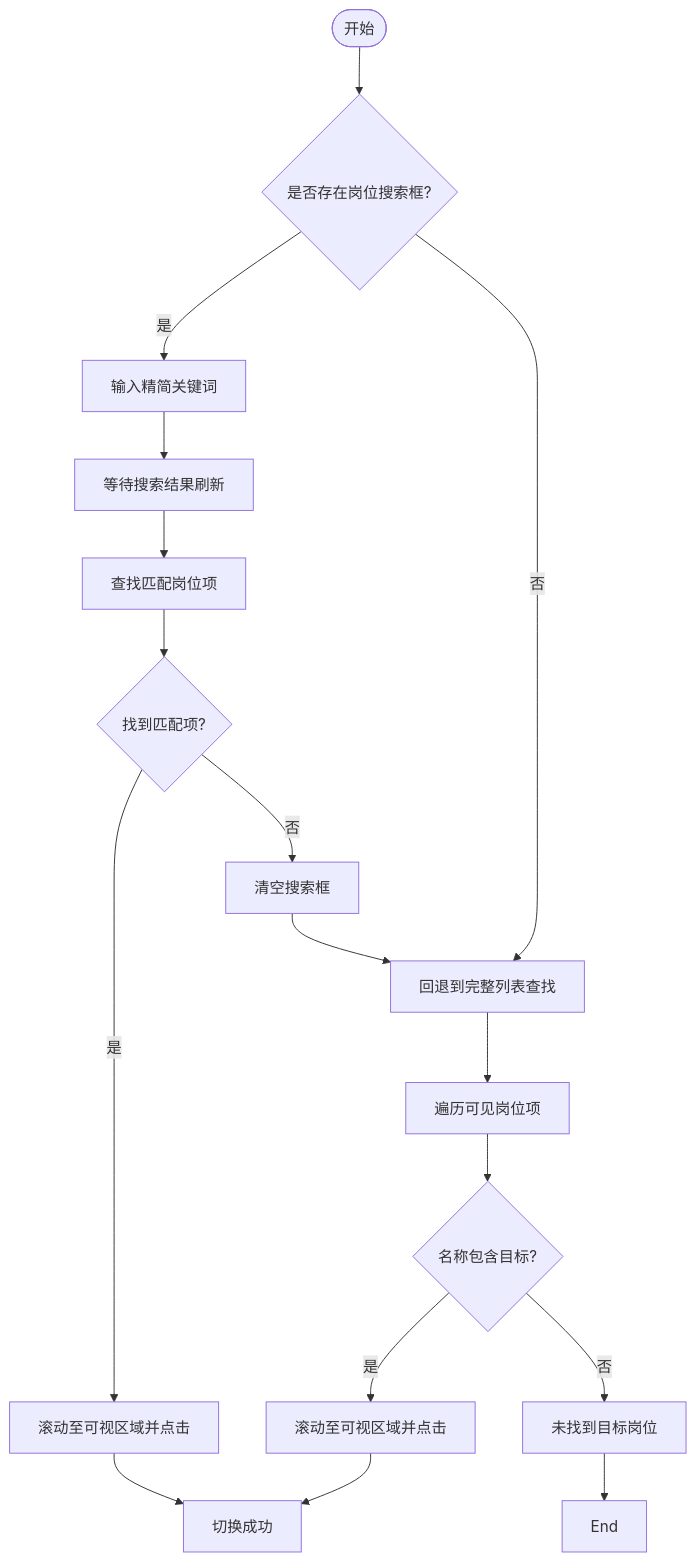
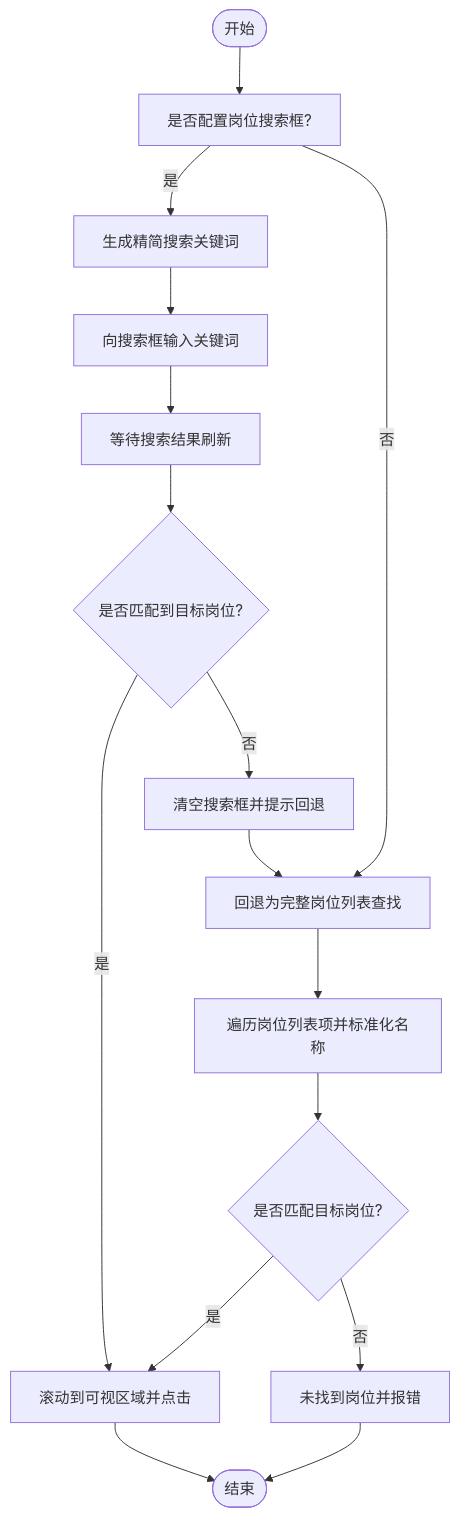
The third of 8 diagrams in .qoder/repowiki/zh/content/本地执行器/平台适配器/Boss直聘适配器/岗位搜索与管理.md (alvinwangzi/goodhr), drawn with Mermaid before and after one commit. The commit also changed other lines of this file and 149 other files, not shown here.

````diff
--- a/.qoder/repowiki/zh/content/本地执行器/平台适配器/Boss直聘适配器/岗位搜索与管理.md
+++ b/.qoder/repowiki/zh/content/本地执行器/平台适配器/Boss直聘适配器/岗位搜索与管理.md
@@ -128,18 +124,18 @@
 ```mermaid
 flowchart TD
-Start(["开始"]) --> CheckInput{"是否存在岗位搜索框?"}
-CheckInput -- 是 --> TypeQuery["输入精简关键词"]
-TypeQuery --> WaitRefresh["等待搜索结果刷新"]
-WaitRefresh --> FindItem["查找匹配岗位项"]
-FindItem --> Found{"找到匹配项?"}
-Found -- 是 --> ClickItem["滚动至可视区域并点击"]
-Found -- 否 --> ClearQuery["清空搜索框"] --> Fallback["回退到完整列表查找"]
-CheckInput -- 否 --> Fallback
-Fallback --> ListScan["遍历可见岗位项"]
-ListScan --> Match{"名称包含目标?"}
-Match -- 是 --> ScrollClick["滚动至可视区域并点击"]
-Match -- 否 --> EndFail["未找到目标岗位"]
-ClickItem --> EndOK["切换成功"]
-ScrollClick --> EndOK
-EndFail --> End
+Start(["开始"]) --> CheckSearch["是否配置岗位搜索框?"]
+CheckSearch --> |是| BuildQuery["生成精简搜索关键词"]
+BuildQuery --> TypeInput["向搜索框输入关键词"]
+TypeInput --> WaitRefresh["等待搜索结果刷新"]
+WaitRefresh --> FindMatch{"是否匹配到目标岗位?"}
+FindMatch --> |是| ScrollClick["滚动到可视区域并点击"]
+FindMatch --> |否| ClearSearch["清空搜索框并提示回退"]
+ClearSearch --> FallbackList["回退为完整岗位列表查找"]
+CheckSearch --> |否| FallbackList
+FallbackList --> IterateItems["遍历岗位列表项并标准化名称"]
+IterateItems --> MatchItem{"是否匹配目标岗位?"}
+MatchItem --> |是| ScrollClick
+MatchItem --> |否| NotFound["未找到岗位并报错"]
+ScrollClick --> End(["结束"])
+NotFound --> End
 ```
````
